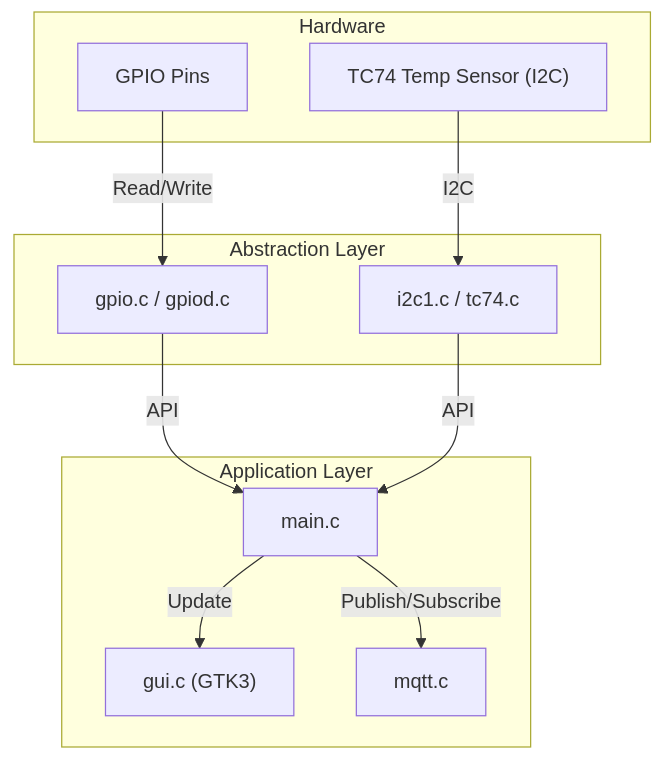
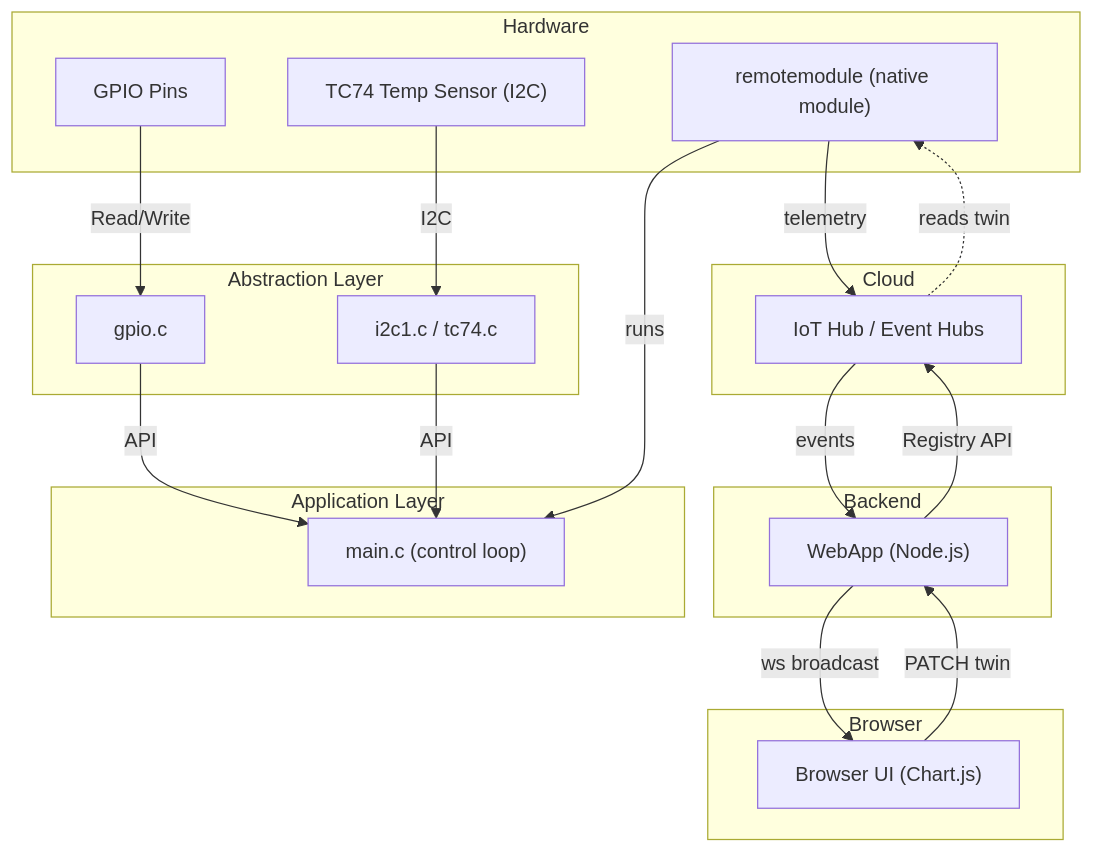
The diagram in README.md (michielkerremans/rpi-iot-edge), drawn with Mermaid before and after one commit. The commit also changed other lines of this file, not shown here.

````diff
--- a/README.md
+++ b/README.md
@@ -34,22 +30,37 @@
 ```mermaid
 graph TD
-    subgraph Hardware
-        GPIOs["GPIO Pins"]
-        TC74["TC74 Temp Sensor (I2C)"]
-    end
-    subgraph "Abstraction Layer"
-        GPIO_LIB["gpio.c / gpiod.c"]
-        I2C_LIB["i2c1.c / tc74.c"]
-    end
-    subgraph "Application Layer"
-        MAIN["main.c"]
-        GUI["gui.c (GTK3)"]
-        MQTT["mqtt.c"]
-    end
-    GPIOs -- "Read/Write" --> GPIO_LIB
-    TC74 -- "I2C" --> I2C_LIB
-    GPIO_LIB -- "API" --> MAIN
-    I2C_LIB -- "API" --> MAIN
-    MAIN -- "Update" --> GUI
-    MAIN -- "Publish/Subscribe" --> MQTT
+subgraph Hardware
+    GPIOs["GPIO Pins"]
+    TC74["TC74 Temp Sensor (I2C)"]
+M["remotemodule (native module)"]
+end
+subgraph "Abstraction Layer"
+    GPIO_LIB["gpio.c"]
+    I2C_LIB["i2c1.c / tc74.c"]
+end
+subgraph "Application Layer"
+    MAIN["main.c (control loop)"]
+end
+subgraph Cloud
+    IH["IoT Hub / Event Hubs"]
+end
+subgraph Backend
+    WA["WebApp (Node.js)"]
+end
+subgraph Browser
+    UI["Browser UI (Chart.js)"]
+end
+
+GPIOs -- "Read/Write" --> GPIO_LIB
+TC74 -- "I2C" --> I2C_LIB
+GPIO_LIB -- "API" --> MAIN
+I2C_LIB -- "API" --> MAIN
+%% remotemodule runs the control loop and publishes telemetry
+M -->|runs| MAIN
+M -->|telemetry| IH
+IH -->|events| WA
+WA -->|ws broadcast| UI
+UI -->|PATCH twin| WA -->|Registry API| IH
+IH -. reads twin .-> M
+
 ```
````
